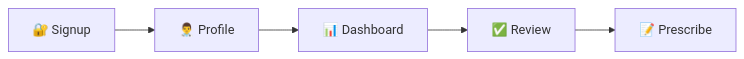
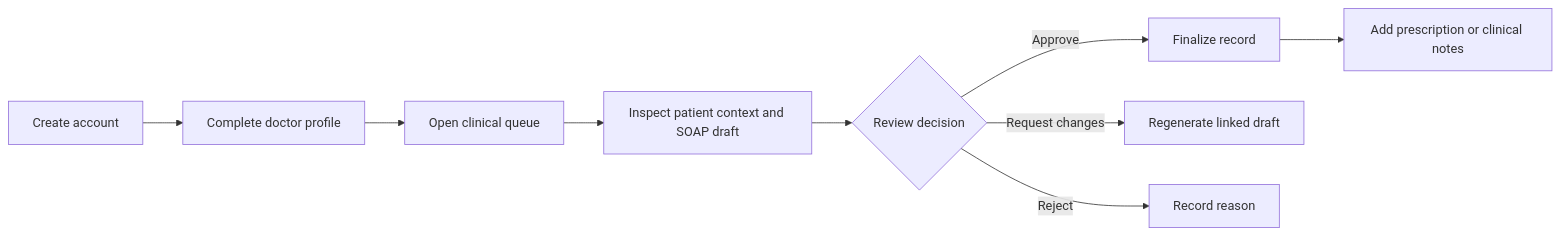
Before and after one commit to BlackAlpha-debug/Medico: the second of 3 diagrams in README.md, drawn with Mermaid. The commit also changed other lines of this file, not shown here.

````diff
--- a/README.md
+++ b/README.md
@@ -237,7 +79,11 @@
 ```mermaid
-graph LR
-    A[🔐 Signup] --> B[👨‍⚕️ Profile]
-    B --> C[📊 Dashboard]
-    C --> D[✅ Review]
-    D --> E[📝 Prescribe]
+flowchart LR
+    A[Create account] --> B[Complete doctor profile]
+    B --> C[Open clinical queue]
+    C --> D[Inspect patient context and SOAP draft]
+    D --> E{Review decision}
+    E -->|Approve| F[Finalize record]
+    E -->|Request changes| G[Regenerate linked draft]
+    E -->|Reject| H[Record reason]
+    F --> I[Add prescription or clinical notes]
 ```
````
